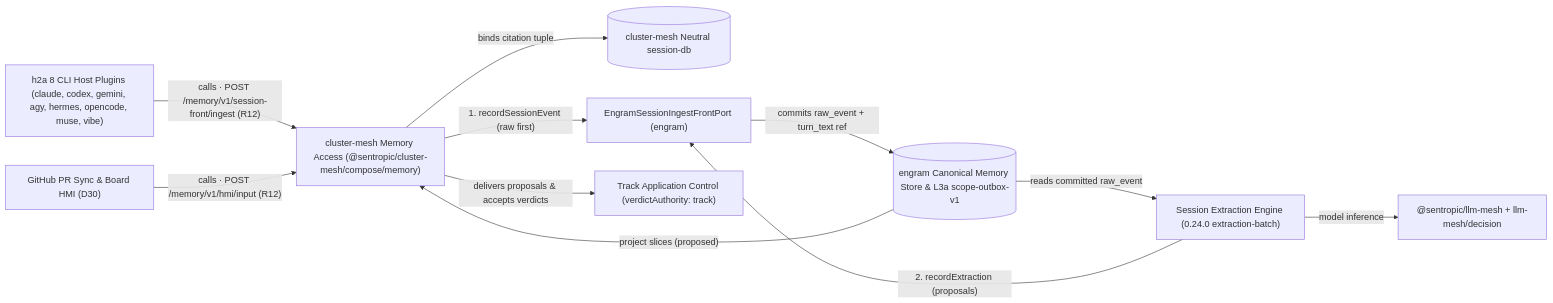
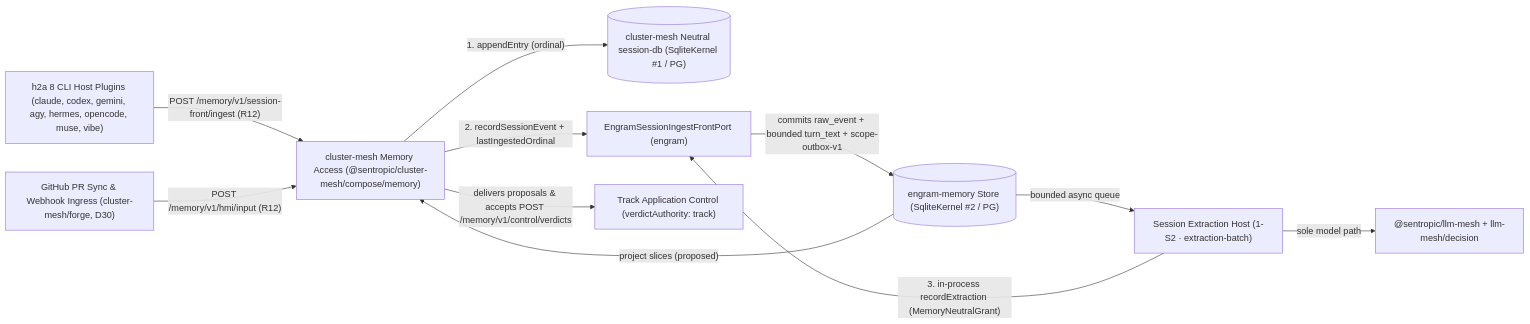
The first of 2 diagrams in spec/SPEC_ENGRAM_SESSION_FRONT_AND_EXTRACTION.md (rhanka/engram), drawn with Mermaid before and after one commit. The commit also changed other lines of this file and 1 other file, not shown here.

First line of the commit message:
spec(memory): fold the sentropic review into Spec 1

````diff
--- a/spec/SPEC_ENGRAM_SESSION_FRONT_AND_EXTRACTION.md
+++ b/spec/SPEC_ENGRAM_SESSION_FRONT_AND_EXTRACTION.md
@@ -106,13 +112,13 @@
 ```mermaid
 flowchart LR
-    CLI["h2a 8 CLI Host Plugins (claude, codex, gemini, agy, hermes, opencode, muse, vibe)"] -->|"calls · POST /memory/v1/session-front/ingest (R12)"| CM["cluster-mesh Memory Access (@sentropic/cluster-mesh/compose/memory)"]
-    HMI["GitHub PR Sync & Board HMI (D30)"] -->|"calls · POST /memory/v1/hmi/input (R12)"| CM
-    CM -->|"binds citation tuple"| SDB[("cluster-mesh Neutral session-db")]
-    CM -->|"1. recordSessionEvent (raw first)"| ING["EngramSessionIngestFrontPort (engram)"]
-    ING -->|"commits raw_event + turn_text ref"| MEM[("engram Canonical Memory Store & L3a scope-outbox-v1")]
-    MEM -->|"reads committed raw_event"| EXT["Session Extraction Engine (0.24.0 extraction-batch)"]
-    EXT -->|"model inference"| LLMM["@sentropic/llm-mesh + llm-mesh/decision"]
-    EXT -->|"2. recordExtraction (proposals)"| ING
+    CLI["h2a 8 CLI Host Plugins (claude, codex, gemini, agy, hermes, opencode, muse, vibe)"] -->|"POST /memory/v1/session-front/ingest (R12)"| CM["cluster-mesh Memory Access (@sentropic/cluster-mesh/compose/memory)"]
+    HMI["GitHub PR Sync & Webhook Ingress (cluster-mesh/forge, D30)"] -->|"POST /memory/v1/hmi/input (R12)"| CM
+    CM -->|"1. appendEntry (ordinal)"| SDB[("cluster-mesh Neutral session-db (SqliteKernel #1 / PG)")]
+    CM -->|"2. recordSessionEvent + lastIngestedOrdinal"| ING["EngramSessionIngestFrontPort (engram)"]
+    ING -->|"commits raw_event + bounded turn_text + scope-outbox-v1"| MEM[("engram-memory Store (SqliteKernel #2 / PG)")]
+    MEM -->|"bounded async queue"| EXT["Session Extraction Host (1-S2 · extraction-batch)"]
+    EXT -->|"sole model path"| LLMM["@sentropic/llm-mesh + llm-mesh/decision"]
+    EXT -->|"3. in-process recordExtraction (MemoryNeutralGrant)"| ING
     MEM -->|"project slices (proposed)"| CM
-    CM -->|"delivers proposals & accepts verdicts"| TRK["Track Application Control (verdictAuthority: track)"]
+    CM -->|"delivers proposals & accepts POST /memory/v1/control/verdicts"| TRK["Track Application Control (verdictAuthority: track)"]
 ```
````
